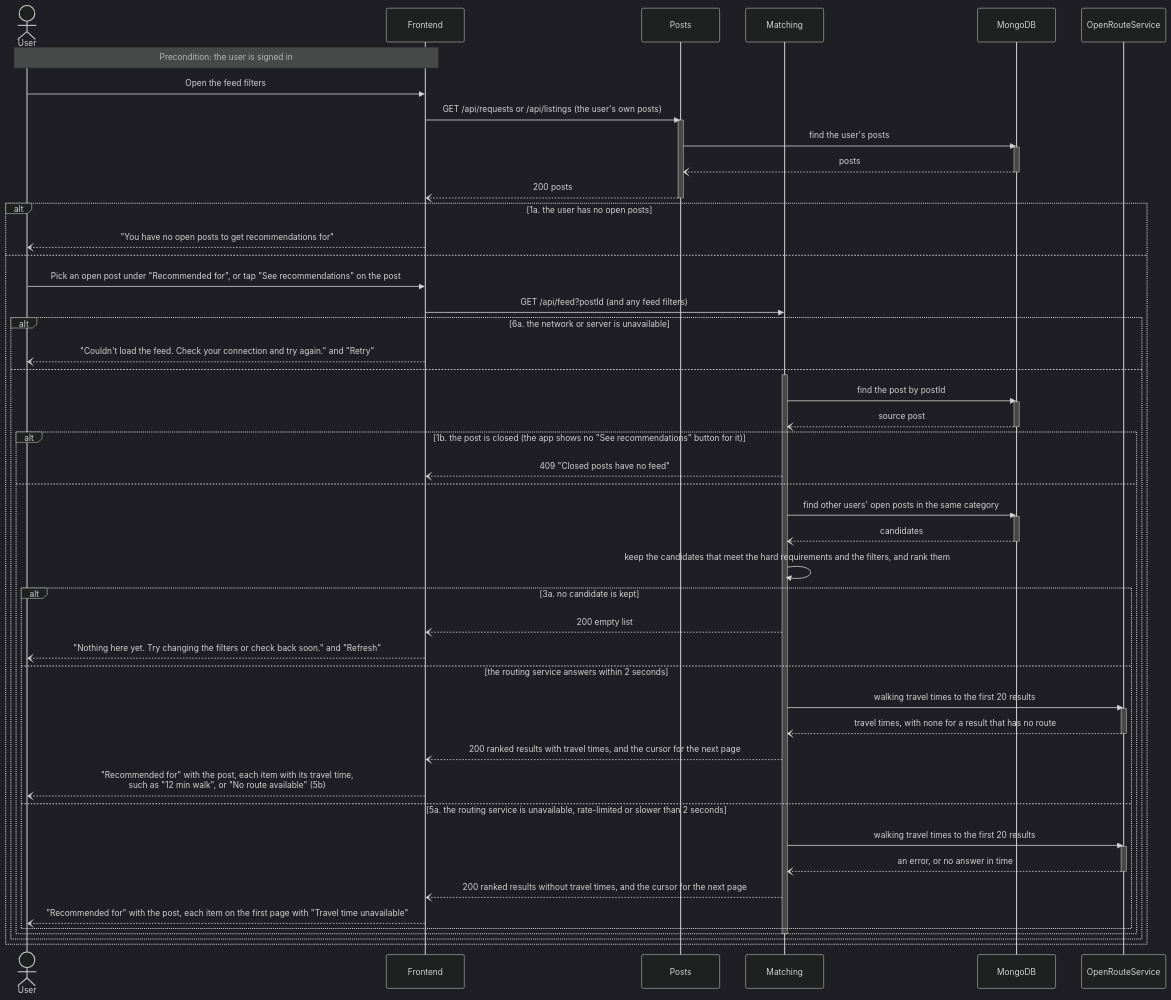
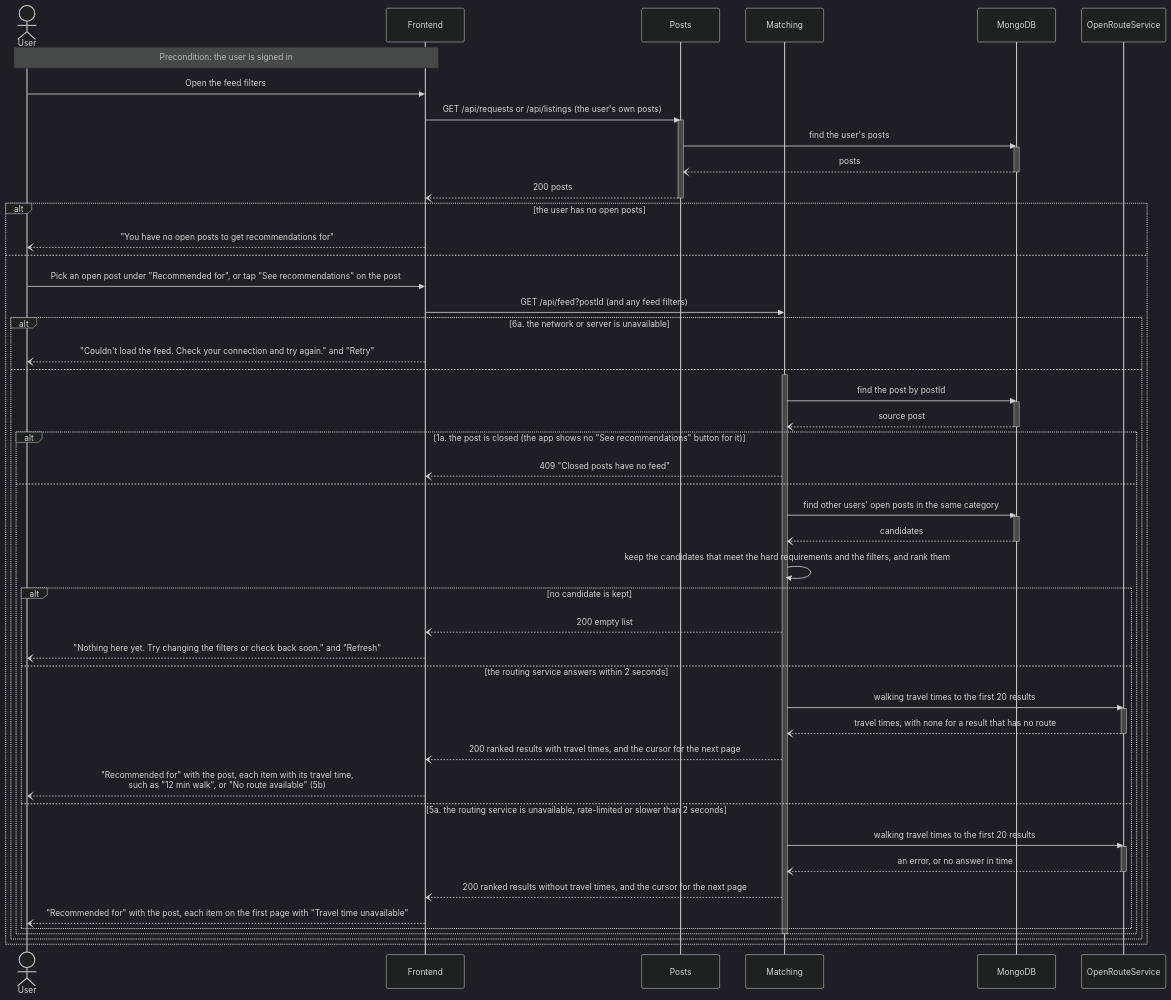
Before and after one commit to UBC-CPEN-V-321/W2026: the fourth of 6 diagrams in documentation/Requirements_and_Design.md, drawn with Mermaid (dark theme). The commit also changed other lines of this file and 2 other files, not shown here.

````diff
--- a/documentation/Requirements_and_Design.md
+++ b/documentation/Requirements_and_Design.md
@@ -610,62 +653,62 @@
 ```mermaid
 sequenceDiagram
     actor U as User
     participant FE as Frontend
     participant P as Posts
     participant M as Matching
     participant DB as MongoDB
     participant ORS as OpenRouteService
     Note over U,FE: Precondition: the user is signed in
     U->>FE: Open the feed filters
     FE->>P: GET /api/requests or /api/listings (the user's own posts)
     activate P
     P->>DB: find the user's posts
     activate DB
     DB--)P: posts
     deactivate DB
     P--)FE: 200 posts
     deactivate P
-    alt 1a. the user has no open posts
+    alt the user has no open posts
         FE--)U: "You have no open posts to get recommendations for"
     else
         U->>FE: Pick an open post under "Recommended for", or tap "See recommendations" on the post
         FE->>M: GET /api/feed?postId (and any feed filters)
         alt 6a. the network or server is unavailable
             FE--)U: "Couldn't load the feed. Check your connection and try again." and "Retry"
         else
             activate M
             M->>DB: find the post by postId
             activate DB
             DB--)M: source post
             deactivate DB
-            alt 1b. the post is closed (the app shows no "See recommendations" button for it)
+            alt 1a. the post is closed (the app shows no "See recommendations" button for it)
                 M--)FE: 409 "Closed posts have no feed"
             else
                 M->>DB: find other users' open posts in the same category
                 activate DB
                 DB--)M: candidates
                 deactivate DB
                 M->>M: keep the candidates that meet the hard requirements and the filters, and rank them
-                alt 3a. no candidate is kept
+                alt no candidate is kept
                     M--)FE: 200 empty list
                     FE--)U: "Nothing here yet. Try changing the filters or check back soon." and "Refresh"
                 else the routing service answers within 2 seconds
                     M->>ORS: walking travel times to the first 20 results
                     activate ORS
                     ORS--)M: travel times, with none for a result that has no route
                     deactivate ORS
                     M--)FE: 200 ranked results with travel times, and the cursor for the next page
                     FE--)U: "Recommended for" with the post, each item with its travel time,<br/>such as "12 min walk", or "No route available" (5b)
                 else 5a. the routing service is unavailable, rate-limited or slower than 2 seconds
                     M->>ORS: walking travel times to the first 20 results
                     activate ORS
                     ORS--)M: an error, or no answer in time
                     deactivate ORS
                     M--)FE: 200 ranked results without travel times, and the cursor for the next page
                     FE--)U: "Recommended for" with the post, each item on the first page with "Travel time unavailable"
                 end
             end
             deactivate M
         end
     end
 ```
````
